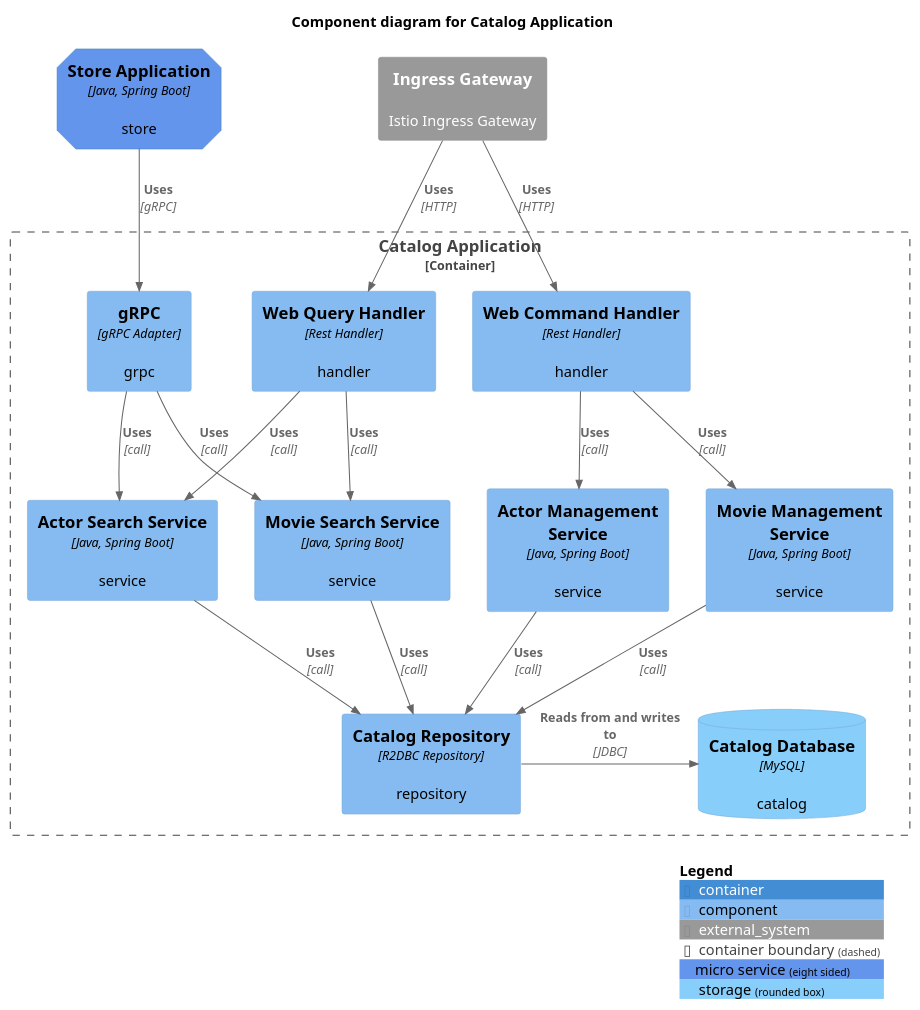
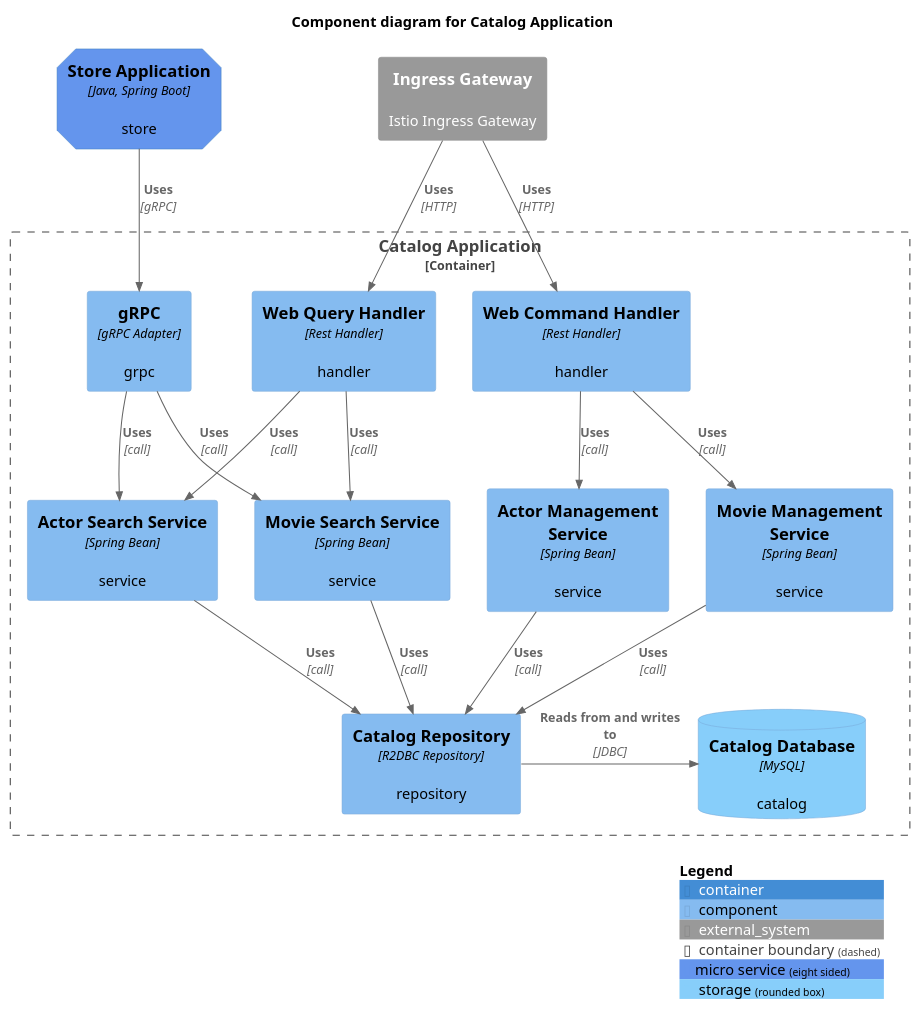
Before and after one commit to codejsha/sakila-microservices: the diagram in diagram/component/catalog-application.puml, drawn with PlantUML. The commit also changed 12 other files, not shown here.

Commit message:
update diagrams

```diff
--- a/diagram/component/catalog-application.puml
+++ b/diagram/component/catalog-application.puml
@@ -1,41 +1,41 @@
 @startuml "catalog-application"
 !include https://raw.githubusercontent.com/plantuml-stdlib/C4-PlantUML/master/C4_Component.puml
 
 AddElementTag("micro_service", $shape=EightSidedShape(), $bgColor="CornflowerBlue", $fontColor="black", $legendText="micro service\neight sided")
 AddElementTag("storage", $shape=RoundedBoxShape(), $bgColor="lightSkyBlue", $fontColor="black")
 
 title Component diagram for Catalog Application
 
 Container(store_app, "Store Application", "Java, Spring Boot", "store", $tags = "micro_service")
 System_Ext(ingress_gateway, "Ingress Gateway", "Istio Ingress Gateway")
 
 Container_Boundary(catalog_app, "Catalog Application") {
     Component(command_handler, "Web Command Handler", "Rest Handler", "handler")
     Component(query_handler, "Web Query Handler", "Rest Handler", "handler")
     Component(grpc, "gRPC", "gRPC Adapter", "grpc")
-    Component(actor_mgmt_service, "Actor Management Service", "Java, Spring Boot", "service")
-    Component(actor_search_service, "Actor Search Service", "Java, Spring Boot", "service")
-    Component(movie_mgmt_service, "Movie Management Service", "Java, Spring Boot", "service")
-    Component(movie_search_service, "Movie Search Service", "Java, Spring Boot", "service")
+    Component(actor_mgmt_service, "Actor Management Service", "Spring Bean", "service")
+    Component(actor_search_service, "Actor Search Service", "Spring Bean", "service")
+    Component(movie_mgmt_service, "Movie Management Service", "Spring Bean", "service")
+    Component(movie_search_service, "Movie Search Service", "Spring Bean", "service")
     Component(catalog_repository, "Catalog Repository", "R2DBC Repository", "repository")
     ComponentDb(catalog_db, "Catalog Database", "MySQL", "catalog", $tags = "storage")
 
     Rel(command_handler, actor_mgmt_service, "Uses", "call")
     Rel(command_handler, movie_mgmt_service, "Uses", "call")
     Rel(query_handler, actor_search_service, "Uses", "call")
     Rel(query_handler, movie_search_service, "Uses", "call")
     Rel(actor_mgmt_service, catalog_repository, "Uses", "call")
     Rel(movie_mgmt_service, catalog_repository, "Uses", "call")
     Rel(actor_search_service, catalog_repository, "Uses", "call")
     Rel(movie_search_service, catalog_repository, "Uses", "call")
     Rel(grpc, actor_search_service, "Uses", "call")
     Rel(grpc, movie_search_service, "Uses", "call")
     Rel_R(catalog_repository, catalog_db, "Reads from and writes to", "JDBC")
 }
 
 Rel(store_app, grpc, "Uses", "gRPC")
 Rel(ingress_gateway, command_handler, "Uses", "HTTP")
 Rel(ingress_gateway, query_handler, "Uses", "HTTP")
 
 SHOW_LEGEND()
 @enduml
```
